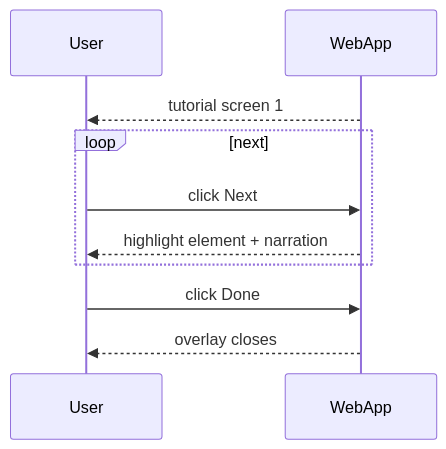
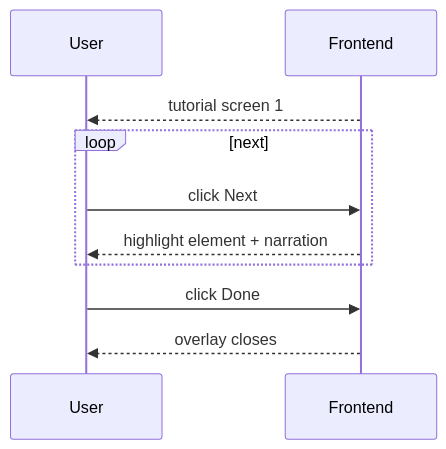
The seventh of 19 diagrams in documentation/docs/system-architecture/use-case-sequences.md (Capstone-Projects-2025-Spring/aac-go-fish), drawn with Mermaid before and after one commit. The commit also changed other lines of this file and 2 other files, not shown here.

````diff
--- a/documentation/docs/system-architecture/use-case-sequences.md
+++ b/documentation/docs/system-architecture/use-case-sequences.md
@@ -120,13 +120,13 @@
 ```mermaid
 sequenceDiagram
     participant User
-    participant WebApp
+    participant Frontend
 
-    WebApp-->>User: tutorial screen 1
+    Frontend-->>User: tutorial screen 1
     loop next
-        User->>WebApp: click Next
-        WebApp-->>User: highlight element + narration
+        User->>Frontend: click Next
+        Frontend-->>User: highlight element + narration
     end
-    User->>WebApp: click Done
-    WebApp-->>User: overlay closes
+    User->>Frontend: click Done
+    Frontend-->>User: overlay closes
 ```
````
